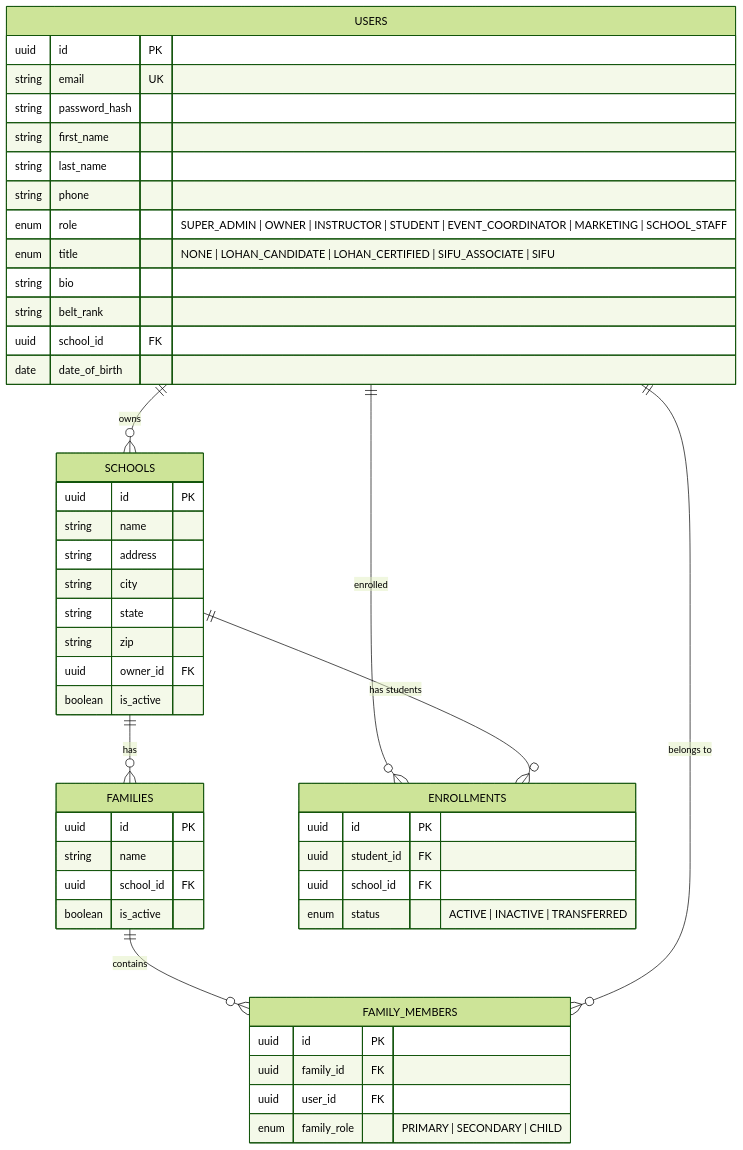
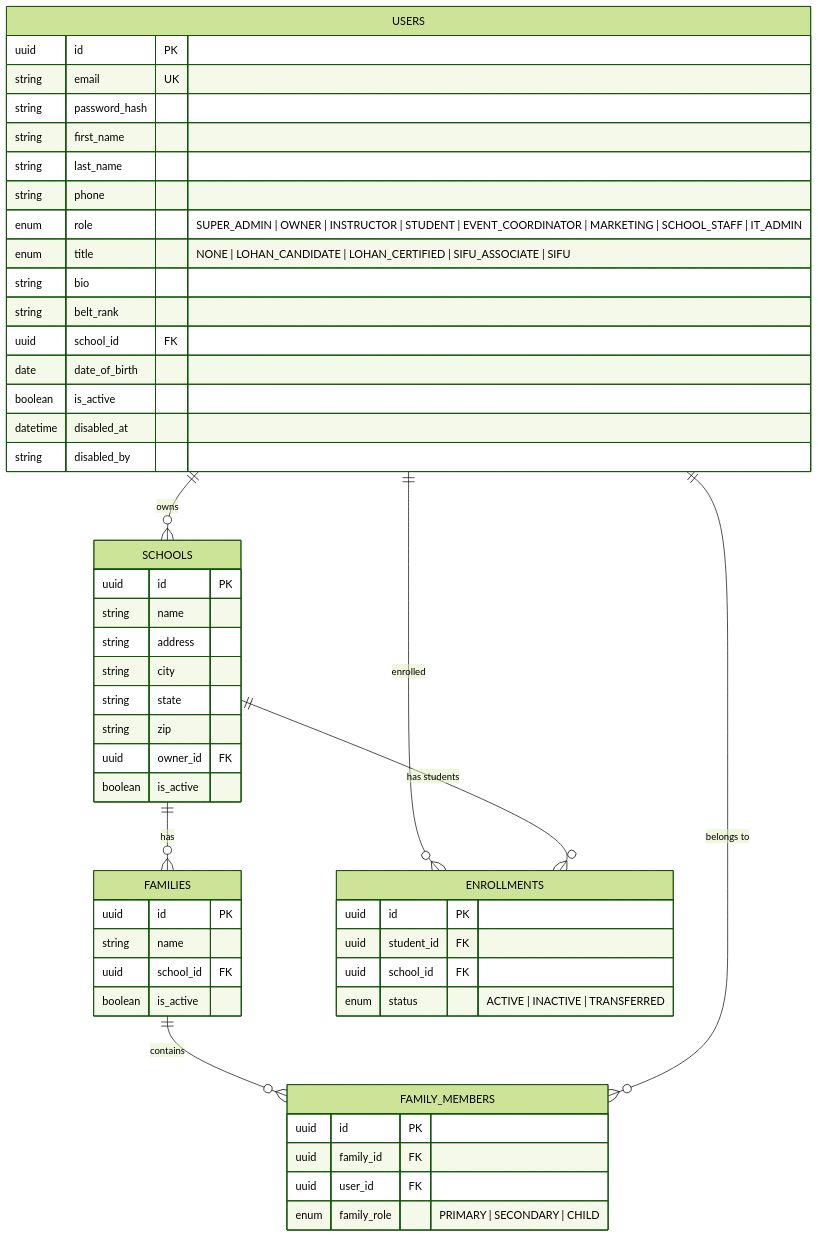
The first of 9 diagrams in docs/database-diagram.md (mrg3220/FlowApp2), drawn with Mermaid (forest theme) before and after one commit. The commit also changed other lines of this file and 15 other files, not shown here.

````diff
--- a/docs/database-diagram.md
+++ b/docs/database-diagram.md
@@ -17,56 +17,57 @@
 ```mermaid
 erDiagram
     USERS {
         uuid id PK
         string email UK
         string password_hash
         string first_name
         string last_name
         string phone
-        enum role "SUPER_ADMIN | OWNER | INSTRUCTOR | STUDENT | EVENT_COORDINATOR | MARKETING | SCHOOL_STAFF"
+        enum role "SUPER_ADMIN | OWNER | INSTRUCTOR | STUDENT | EVENT_COORDINATOR | MARKETING | SCHOOL_STAFF | IT_ADMIN"
         enum title "NONE | LOHAN_CANDIDATE | LOHAN_CERTIFIED | SIFU_ASSOCIATE | SIFU"
         string bio
         string belt_rank
         uuid school_id FK
-        date date_of_birth
-    }
+        date date_of_birth        boolean is_active
+        datetime disabled_at
+        string disabled_by    }
 
     SCHOOLS {
         uuid id PK
         string name
         string address
         string city
         string state
         string zip
         uuid owner_id FK
         boolean is_active
     }
 
     FAMILIES {
         uuid id PK
         string name
         uuid school_id FK
         boolean is_active
     }
 
     FAMILY_MEMBERS {
         uuid id PK
         uuid family_id FK
         uuid user_id FK
         enum family_role "PRIMARY | SECONDARY | CHILD"
     }
 
     ENROLLMENTS {
         uuid id PK
         uuid student_id FK
         uuid school_id FK
         enum status "ACTIVE | INACTIVE | TRANSFERRED"
     }
 
     USERS ||--o{ SCHOOLS : "owns"
     SCHOOLS ||--o{ FAMILIES : "has"
     FAMILIES ||--o{ FAMILY_MEMBERS : "contains"
     USERS ||--o{ FAMILY_MEMBERS : "belongs to"
     USERS ||--o{ ENROLLMENTS : "enrolled"
     SCHOOLS ||--o{ ENROLLMENTS : "has students"
 ```
````
